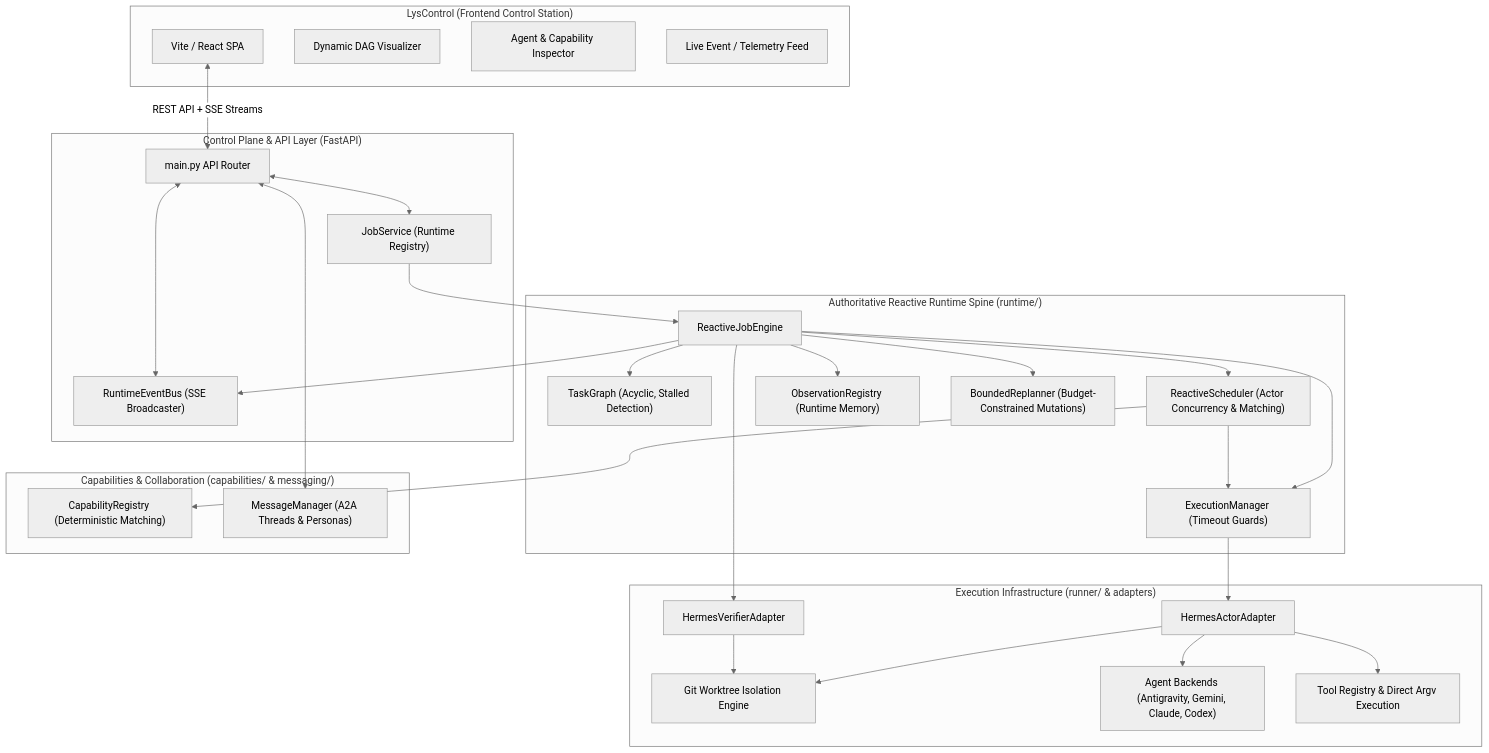
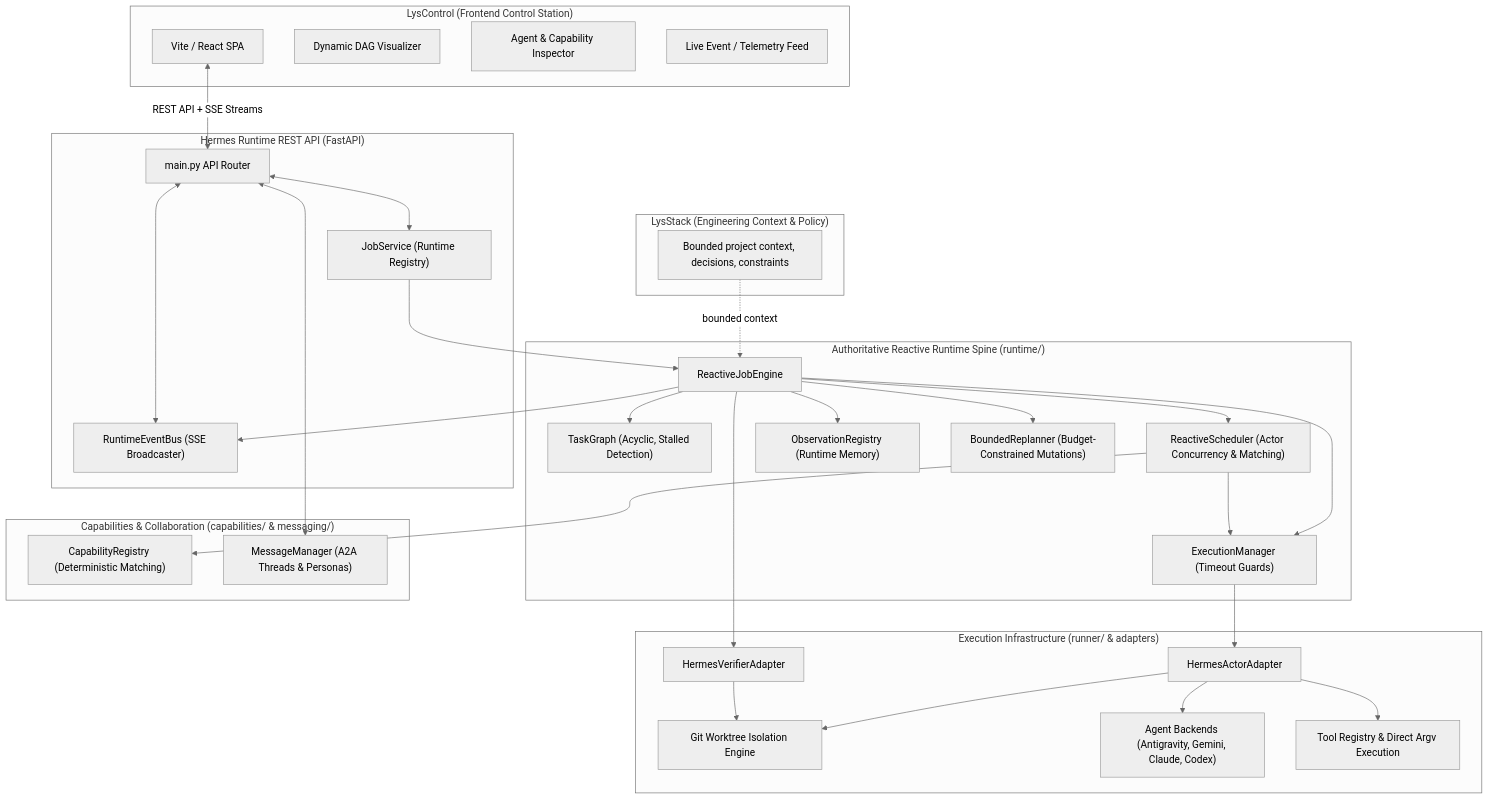
One commit to lystiger/Hermes-lab changed the diagram in architecture.md. Above: the diagram before and after it, drawn with Mermaid (neutral theme). The commit also changed other lines of this file and 20 other files, not shown here.

Commit message:
refactor: identify Hermes runtime consistently

````diff
--- a/architecture.md
+++ b/architecture.md
@@ -46,60 +46,65 @@
 ```mermaid
 flowchart TB
+    subgraph Context ["LysStack (Engineering Context & Policy)"]
+        ContextBundle["Bounded project context, decisions, constraints"]
+    end
+
     subgraph UI ["LysControl (Frontend Control Station)"]
         Station["Vite / React SPA"]
         DAGView["Dynamic DAG Visualizer"]
         AgentMon["Agent & Capability Inspector"]
         EventStream["Live Event / Telemetry Feed"]
     end
 
-    subgraph API ["Control Plane & API Layer (FastAPI)"]
+    subgraph API ["Hermes Runtime REST API (FastAPI)"]
         Router["main.py API Router"]
         JobSvc["JobService (Runtime Registry)"]
         EvtBus["RuntimeEventBus (SSE Broadcaster)"]
     end
 
     subgraph Spine ["Authoritative Reactive Runtime Spine (runtime/)"]
         Engine["ReactiveJobEngine"]
         TGraph["TaskGraph (Acyclic, Stalled Detection)"]
         Sched["ReactiveScheduler (Actor Concurrency & Matching)"]
         ExecMgr["ExecutionManager (Timeout Guards)"]
         ObsReg["ObservationRegistry (Runtime Memory)"]
         Replanner["BoundedReplanner (Budget-Constrained Mutations)"]
     end
 
     subgraph CapMsg ["Capabilities & Collaboration (capabilities/ & messaging/)"]
         CapReg["CapabilityRegistry (Deterministic Matching)"]
         MsgMgr["MessageManager (A2A Threads & Personas)"]
     end
 
     subgraph Infra ["Execution Infrastructure (runner/ & adapters)"]
         ActorAdap["HermesActorAdapter"]
         VerifAdap["HermesVerifierAdapter"]
         Worktrees["Git Worktree Isolation Engine"]
         Agents["Agent Backends (Antigravity, Gemini, Claude, Codex)"]
         Tools["Tool Registry & Direct Argv Execution"]
     end
 
     Station <-->|REST API + SSE Streams| Router
     Router <--> JobSvc
     Router <--> EvtBus
     Router <--> MsgMgr
 
     JobSvc --> Engine
+    ContextBundle -. "bounded context" .-> Engine
     Engine --> TGraph
     Engine --> Sched
     Engine --> ExecMgr
     Engine --> ObsReg
     Engine --> Replanner
     Engine --> EvtBus
 
     Sched --> CapReg
     Sched --> ExecMgr
     ExecMgr --> ActorAdap
     Engine --> VerifAdap
 
     ActorAdap --> Worktrees
     ActorAdap --> Agents
     ActorAdap --> Tools
     VerifAdap --> Worktrees
 ```
````
